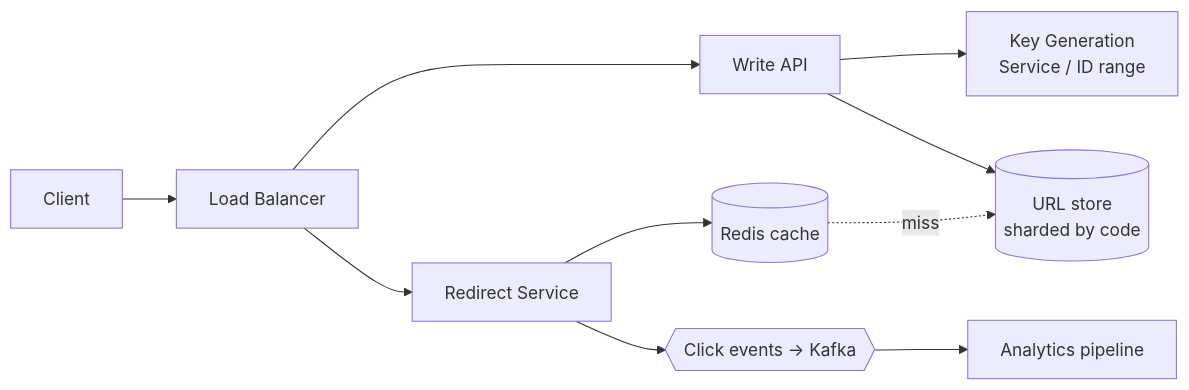
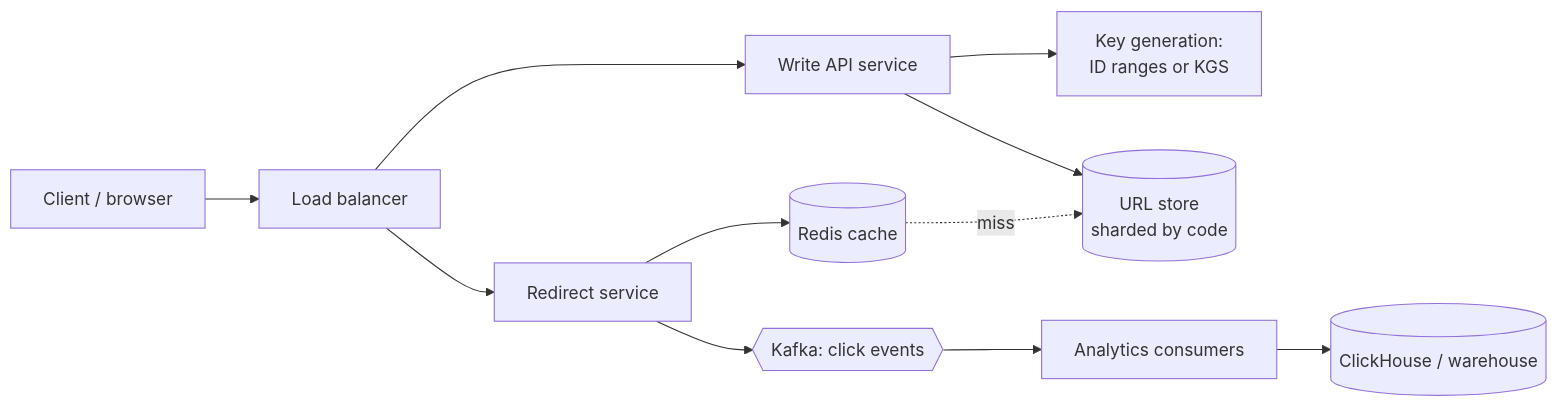
One commit to hshtgbrendo/software-dev-prep changed the diagram in design/4 Case Studies/Design a URL Shortener.md. Above: the diagram before and after it, drawn with Mermaid. The commit also changed other lines of this file and 28 other files, not shown here.

````diff
--- a/design/4 Case Studies/Design a URL Shortener.md
+++ b/design/4 Case Studies/Design a URL Shortener.md
@@ -58,11 +84,12 @@
 ```mermaid
 flowchart LR
-  C[Client] --> LB[Load Balancer]
-  LB --> W[Write API]
-  LB --> R[Redirect Service]
-  W --> KGS[Key Generation<br/>Service / ID range]
+  C[Client / browser] --> LB[Load balancer]
+  LB --> W[Write API service]
+  LB --> R[Redirect service]
+  W --> KG[Key generation:<br/>ID ranges or KGS]
   W --> DB[(URL store<br/>sharded by code)]
   R --> Cache[(Redis cache)]
   Cache -. miss .-> DB
-  R --> Q{{Click events → Kafka}} --> A[Analytics pipeline]
+  R --> K{{Kafka: click events}}
+  K --> A[Analytics consumers] --> OLAP[(ClickHouse / warehouse)]
 ```
````
